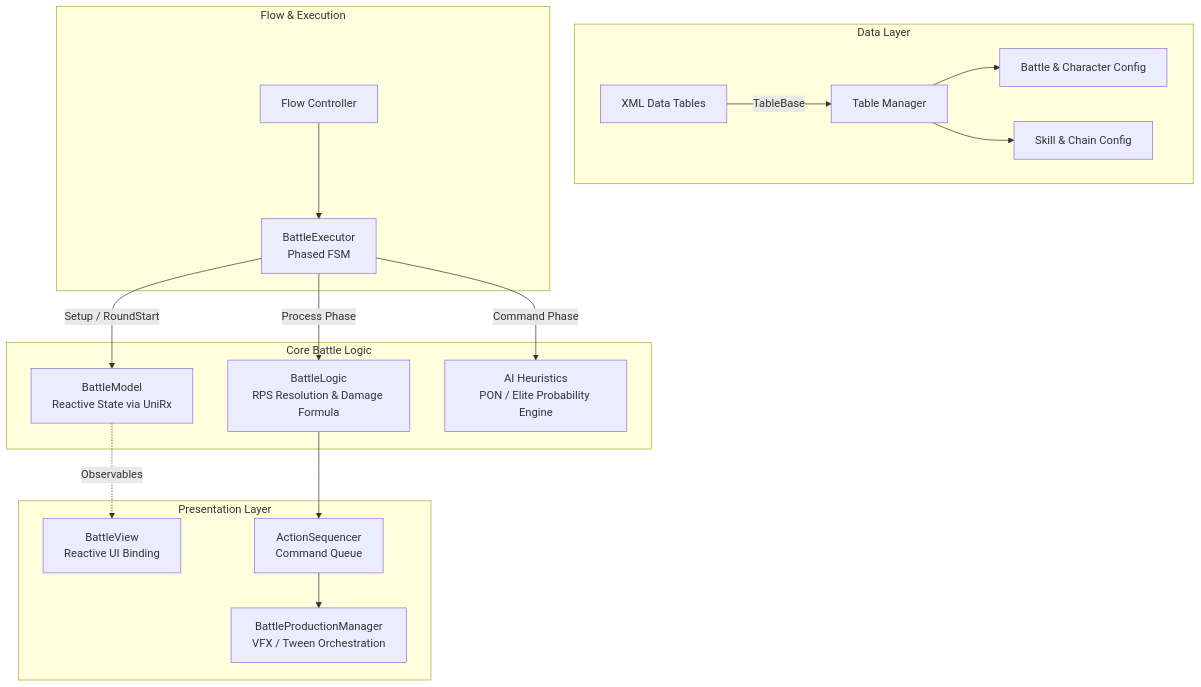
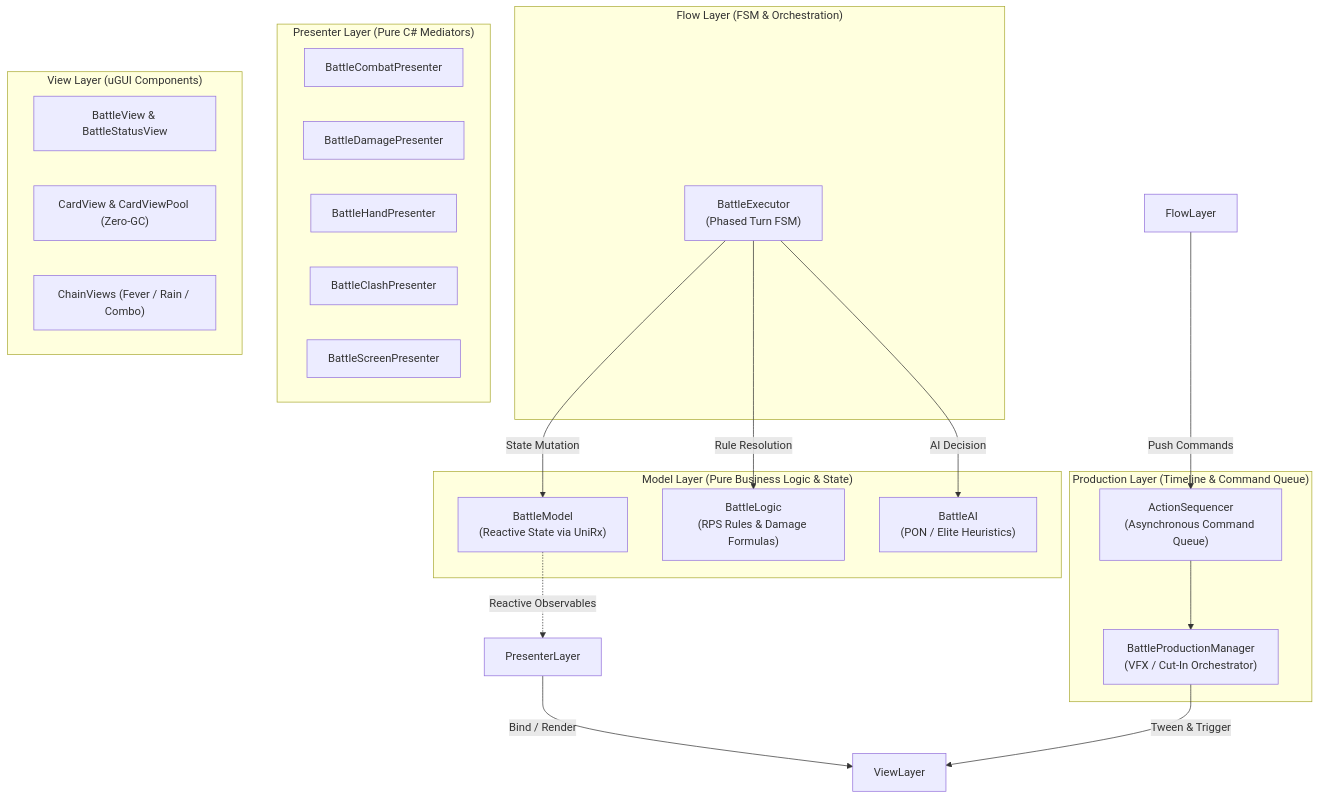
The diagram in README.md (Randominkey/TurnCardBattleFramework-), drawn with Mermaid before and after one commit. The commit also changed other lines of this file and 256 other files, not shown here.

Commit message:
feat: Clean modular battle framework with IP-neutral minimal UI assets and zero-GC architecture

````diff
--- a/README.md
+++ b/README.md
@@ -10,31 +10,40 @@
 ```mermaid
 graph TD
-    subgraph Data Layer
-        XMLData[XML Data Tables] -->|TableBase| TableManager[Table Manager]
-        TableManager --> BattleTable[Battle & Character Config]
-        TableManager --> SkillTable[Skill & Chain Config]
+    subgraph Model Layer ["Model Layer (Pure Business Logic & State)"]
+        BattleModel["BattleModel<br/>(Reactive State via UniRx)"]
+        BattleLogic["BattleLogic<br/>(RPS Rules & Damage Formulas)"]
+        BattleAI["BattleAI<br/>(PON / Elite Heuristics)"]
     end
 
-    subgraph Core Battle Logic
-        BattleModel[BattleModel<br/>Reactive State via UniRx]
-        BattleLogic[BattleLogic<br/>RPS Resolution & Damage Formula]
-        AIController[AI Heuristics<br/>PON / Elite Probability Engine]
+    subgraph Flow Layer ["Flow Layer (FSM & Orchestration)"]
+        BattleExecutor["BattleExecutor<br/>(Phased Turn FSM)"]
+        BattleExecutor -->|State Mutation| BattleModel
+        BattleExecutor -->|AI Decision| BattleAI
+        BattleExecutor -->|Rule Resolution| BattleLogic
     end
 
-    subgraph Flow & Execution
-        FlowController[Flow Controller] --> BattleExecutor[BattleExecutor<br/>Phased FSM]
-        BattleExecutor -->|Setup / RoundStart| BattleModel
-        BattleExecutor -->|Command Phase| AIController
-        BattleExecutor -->|Process Phase| BattleLogic
+    subgraph Presenter Layer ["Presenter Layer (Pure C# Mediators)"]
+        CombatPresenter["BattleCombatPresenter"]
+        DamagePresenter["BattleDamagePresenter"]
+        HandPresenter["BattleHandPresenter"]
+        ClashPresenter["BattleClashPresenter"]
+        ScreenPresenter["BattleScreenPresenter"]
     end
 
-    subgraph Presentation Layer
-        BattleView[BattleView<br/>Reactive UI Binding]
-        ActionSequencer[ActionSequencer<br/>Command Queue]
-        BattleProduction[BattleProductionManager<br/>VFX / Tween Orchestration]
+    subgraph Production Layer ["Production Layer (Timeline & Command Queue)"]
+        ActionSequencer["ActionSequencer<br/>(Asynchronous Command Queue)"]
+        ProductionManager["BattleProductionManager<br/>(VFX / Cut-In Orchestrator)"]
     end
 
-    BattleModel -.->|Observables| BattleView
-    BattleLogic --> ActionSequencer
-    ActionSequencer --> BattleProduction
+    subgraph View Layer ["View Layer (uGUI Components)"]
+        BattleView["BattleView & BattleStatusView"]
+        CardViews["CardView & CardViewPool (Zero-GC)"]
+        ChainViews["ChainViews (Fever / Rain / Combo)"]
+    end
+
+    BattleModel -.->|Reactive Observables| PresenterLayer
+    PresenterLayer -->|Bind / Render| ViewLayer
+    FlowLayer -->|Push Commands| ActionSequencer
+    ActionSequencer --> ProductionManager
+    ProductionManager -->|Tween & Trigger| ViewLayer
 ```
````
